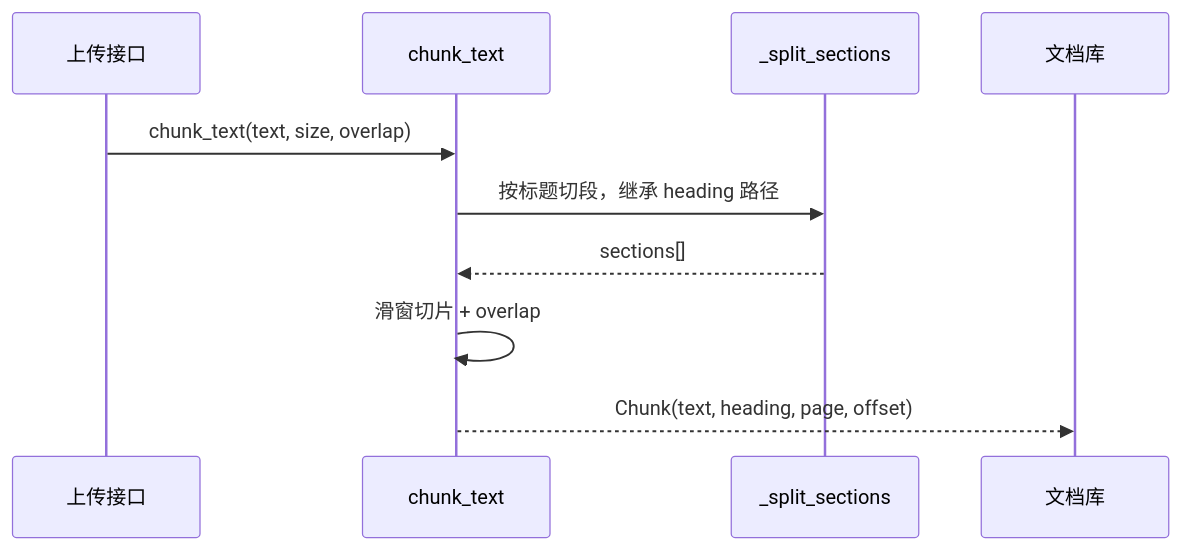
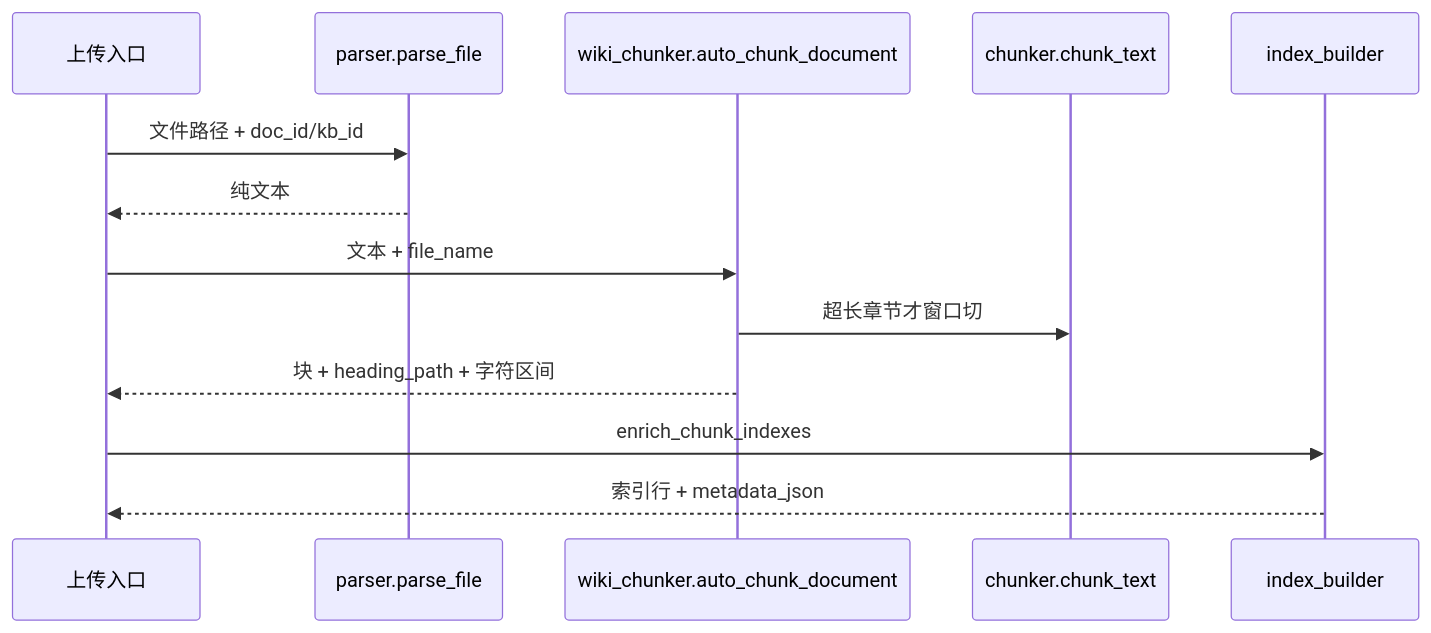
One commit to G0-000/agent-book changed the diagram in work-agent-harness/doc/evoflow-学习规划/05-知识库与代码理解/01-上传解析与切块.md. Above: the diagram before and after it, drawn with Mermaid. The commit also changed other lines of this file and 18 other files, not shown here.

````diff
--- a/work-agent-harness/doc/evoflow-学习规划/05-知识库与代码理解/01-上传解析与切块.md
+++ b/work-agent-harness/doc/evoflow-学习规划/05-知识库与代码理解/01-上传解析与切块.md
@@ -13,12 +18,15 @@
 ```mermaid
 sequenceDiagram
-    participant U as 上传接口
-    participant C as chunk_text
-    participant S as _split_sections
-    participant D as 文档库
-    U->>C: chunk_text(text, size, overlap)
-    C->>S: 按标题切段，继承 heading 路径
-    S-->>C: sections[]
-    C->>C: 滑窗切片 + overlap
-    C-->>D: Chunk(text, heading, page, offset)
+    participant U as 上传入口
+    participant P as parser.parse_file
+    participant W as wiki_chunker.auto_chunk_document
+    participant C as chunker.chunk_text
+    participant I as index_builder
+    U->>P: 文件路径 + doc_id/kb_id
+    P-->>U: 纯文本
+    U->>W: 文本 + file_name
+    W->>C: 超长章节才窗口切
+    W-->>U: 块 + heading_path + 字符区间
+    U->>I: enrich_chunk_indexes
+    I-->>U: 索引行 + metadata_json
 ```
````
